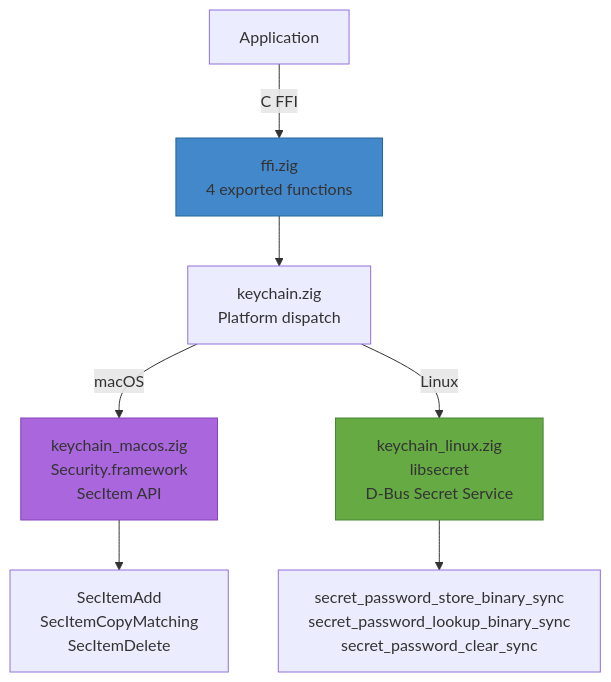
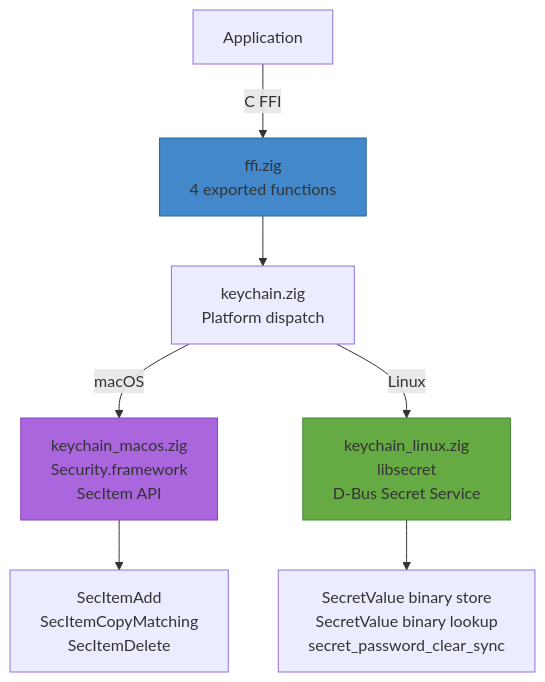
The diagram in README.md (Jesssullivan/zig-keychain), drawn with Mermaid before and after one commit. The commit also changed other lines of this file and 33 other files, not shown here.

````diff
--- a/README.md
+++ b/README.md
@@ -56,14 +62,14 @@
 ```mermaid
 graph TD
     A[Application] -->|C FFI| B[ffi.zig<br/>4 exported functions]
     B --> C[keychain.zig<br/>Platform dispatch]
     C -->|macOS| D[keychain_macos.zig<br/>Security.framework<br/>SecItem API]
     C -->|Linux| E[keychain_linux.zig<br/>libsecret<br/>D-Bus Secret Service]
 
     D --> F[SecItemAdd<br/>SecItemCopyMatching<br/>SecItemDelete]
-    E --> G[secret_password_store_binary_sync<br/>secret_password_lookup_binary_sync<br/>secret_password_clear_sync]
+    E --> G[SecretValue binary store<br/>SecretValue binary lookup<br/>secret_password_clear_sync]
 
     style B fill:#48c,stroke:#269
     style D fill:#a6d,stroke:#84b
     style E fill:#6a4,stroke:#483
 ```
````
